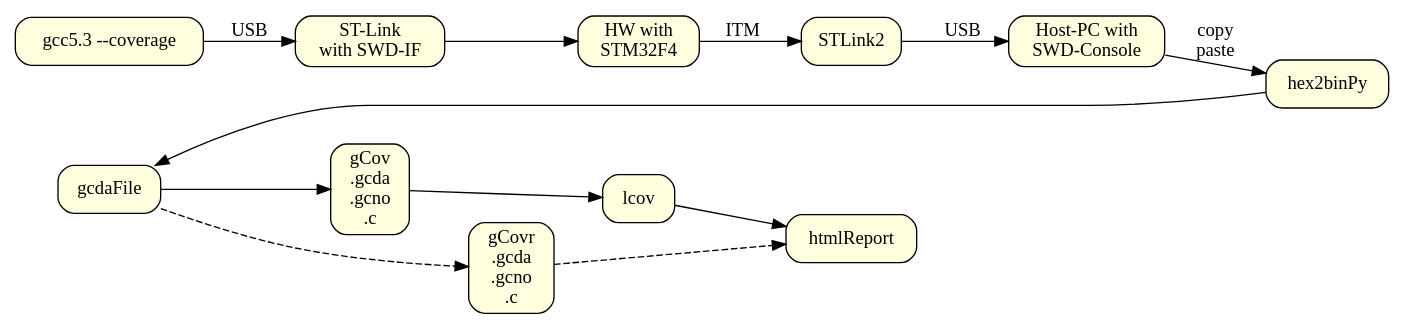
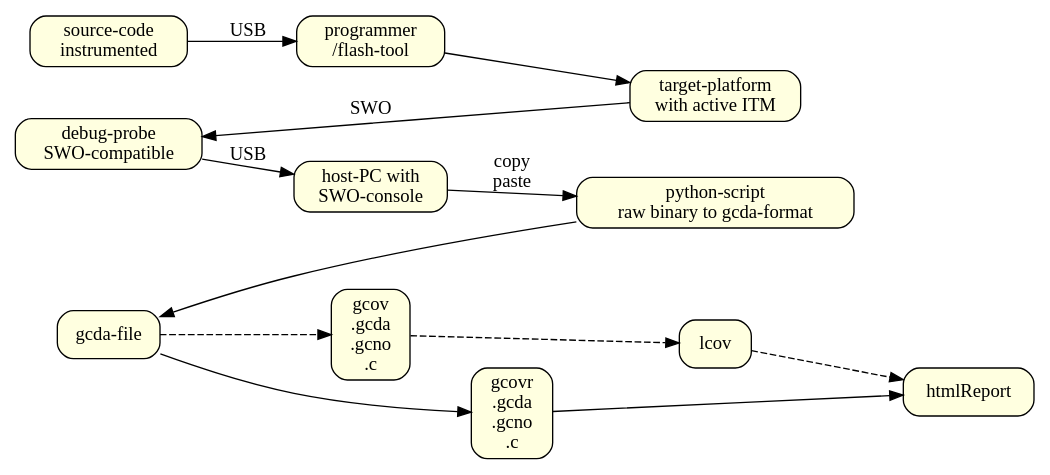
One commit to hintiflo/MA changed the diagram in doc/images/coverageFlow.dot. Above: the diagram before and after it, drawn with Graphviz. The commit also changed 35 other files, not shown here.

```diff
--- a/doc/images/coverageFlow.dot
+++ b/doc/images/coverageFlow.dot
@@ -1,31 +1,32 @@
 digraph coverageFlow
 {
 	rankdir = LR;
 	node[shape = record, style="rounded, filled", fillcolor=lightyellow]
-	gcc [label="gcc5.3 --coverage"]
+	gcc [label="source-code\n instrumented"]
 
 
-	STLink	[label="ST-Link \n with SWD-IF"]
-	// STLink2	[label="ST-Link \n with SWD-IF"]
-	Oct	 	[label="HW with \n STM32F4"]
-	gcov	 [label="gCov \n    .gcda\n    .gcno\n  .c"]
-	gcovr	 [label="gCovr \n    .gcda\n    .gcno\n  .c"]
+	STLink	[label="programmer \n /flash-tool"]
+	STLink2	[label="debug-probe \n SWO-compatible"]
+	Oct	 	[label="target-platform\nwith active ITM"]
+	gcov	 [label="gcov \n    .gcda\n    .gcno\n  .c"]
+	gcovr	 [label="gcovr \n    .gcda\n    .gcno\n  .c"]
+	hex2binPy	 [label="python-script      \n raw binary to gcda-format"]
+	gcdaFile	 [label="gcda-file"]
 
-	Horst [label = "Host-PC with\n SWD-Console"]
+	Horst [label = "host-PC with\n SWO-console"]
 	
 	gcc->STLink	[label="USB"]
 	// [label=""]
 
 	STLink ->Oct
-	Oct -> STLink2	[label="ITM"]
+	Oct -> STLink2	[label="SWO"]
 	STLink2	-> Horst [label = "USB"]
 	Horst -> hex2binPy [label = "copy\npaste"]
 	hex2binPy->gcdaFile
-	gcdaFile -> gcov -> lcov
-	gcdaFile -> gcovr [style = dashed]
-	gcovr -> htmlReport [style = dashed]
-	lcov -> htmlReport
+	gcdaFile -> gcov -> lcov -> htmlReport [style = dashed]
+	gcdaFile -> gcovr 
+	gcovr -> htmlReport
 	
-	{rank = same; gcc; gcdaFile}
-	// rank[same;gcc;gcdaFile];
+	{rank = same; gcc; STLink2; gcdaFile}
+
 }
```
